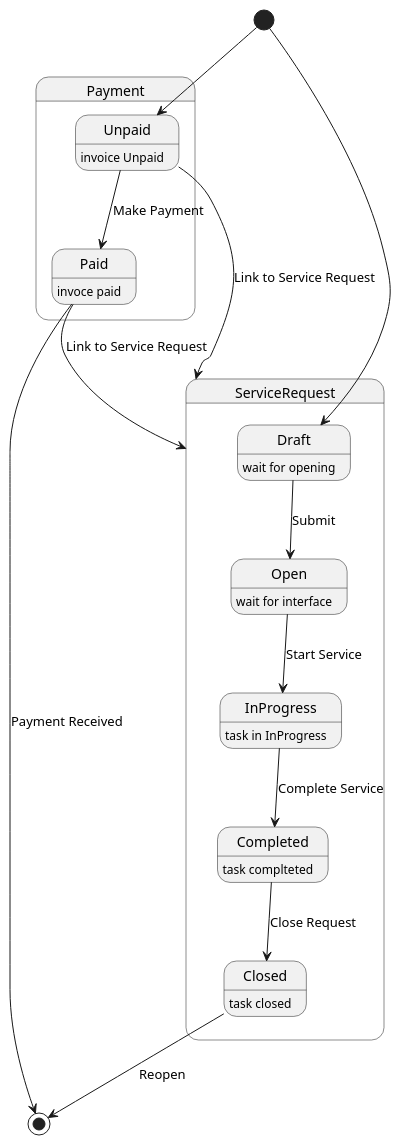
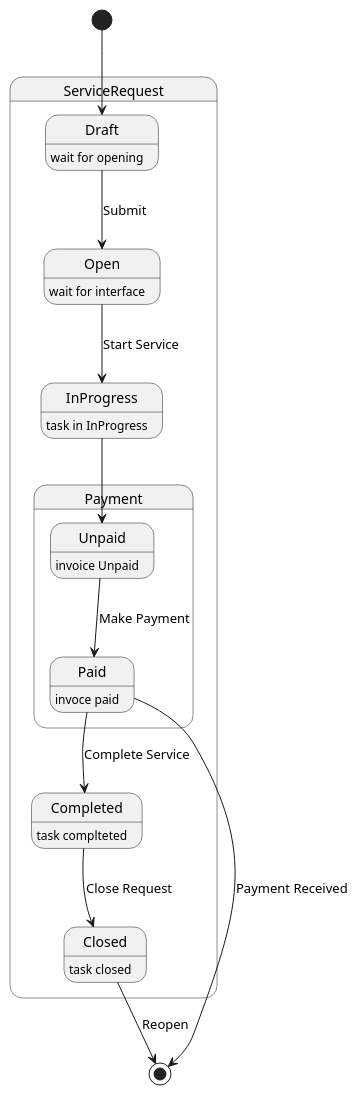
One commit to Fluorky/Computer-Service-Django-Api changed the diagram in umlDiagrams/computer_service_state_diagram.plantuml. Above: the diagram before and after it, drawn with PlantUML. The commit also changed 2 other files, not shown here.

Commit message:
Update plantuml diagrams

```diff
--- a/umlDiagrams/computer_service_state_diagram.plantuml
+++ b/umlDiagrams/computer_service_state_diagram.plantuml
@@ -1,33 +1,31 @@
 @startuml
 
 
 state ServiceRequest{
 state Draft : wait for opening
 state Open : wait for interface 
+state Payment{
+  Unpaid: invoice Unpaid
+  Paid : invoce paid
+}
 state InProgress : task in InProgress
 state Completed : task complteted
 state Closed : task closed
   
 }
 
-state Payment{
-  Unpaid: invoice Unpaid
-  Paid : invoce paid
-}
-
 
 [*] --> Draft
 Draft --> Open: Submit
-Open --> InProgress: Start Service
-InProgress --> Completed: Complete Service
+Open -->  InProgress: Start Service
+InProgress --> Unpaid
+Paid --> Completed: Complete Service
 Completed --> Closed: Close Request
 Closed --> [*]: Reopen
 
 
-[*] --> Unpaid
 Unpaid --> Paid: Make Payment
 Paid --> [*]: Payment Received
 
-Unpaid --> ServiceRequest: Link to Service Request
-Paid --> ServiceRequest: Link to Service Request
+
 @enduml
```
